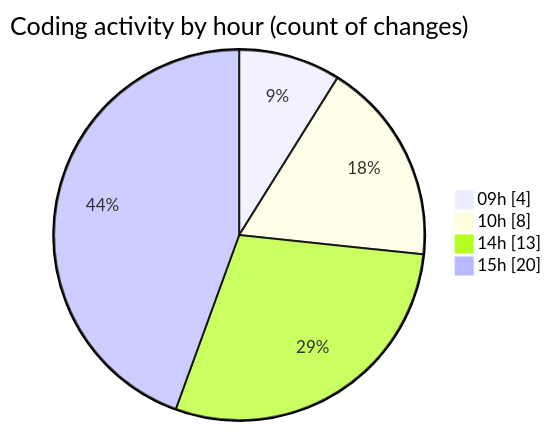
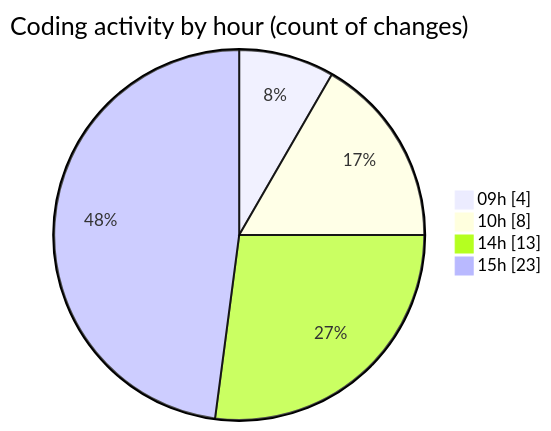
One commit to momahboobian/code-tracking changed the second of 2 diagrams in 2026-03-12/cda/README.md. Above: the diagram before and after it, drawn with Mermaid. The commit also changed other lines of this file and 1 other file, not shown here.

````diff
--- a/2026-03-12/cda/README.md
+++ b/2026-03-12/cda/README.md
@@ -40,8 +40,8 @@
 ```mermaid
 pie showData
 title Coding activity by hour (count of changes)
 "09h" : 4
 "10h" : 8
 "14h" : 13
-"15h" : 20
+"15h" : 23
 ```
````
